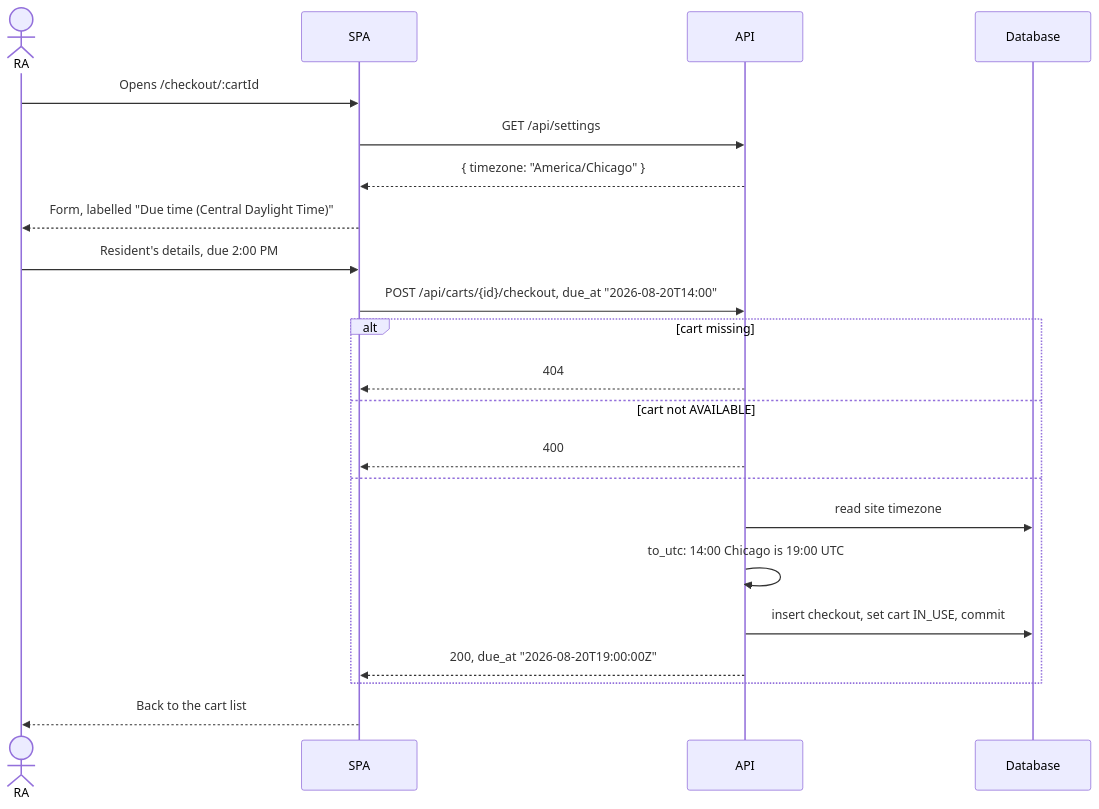
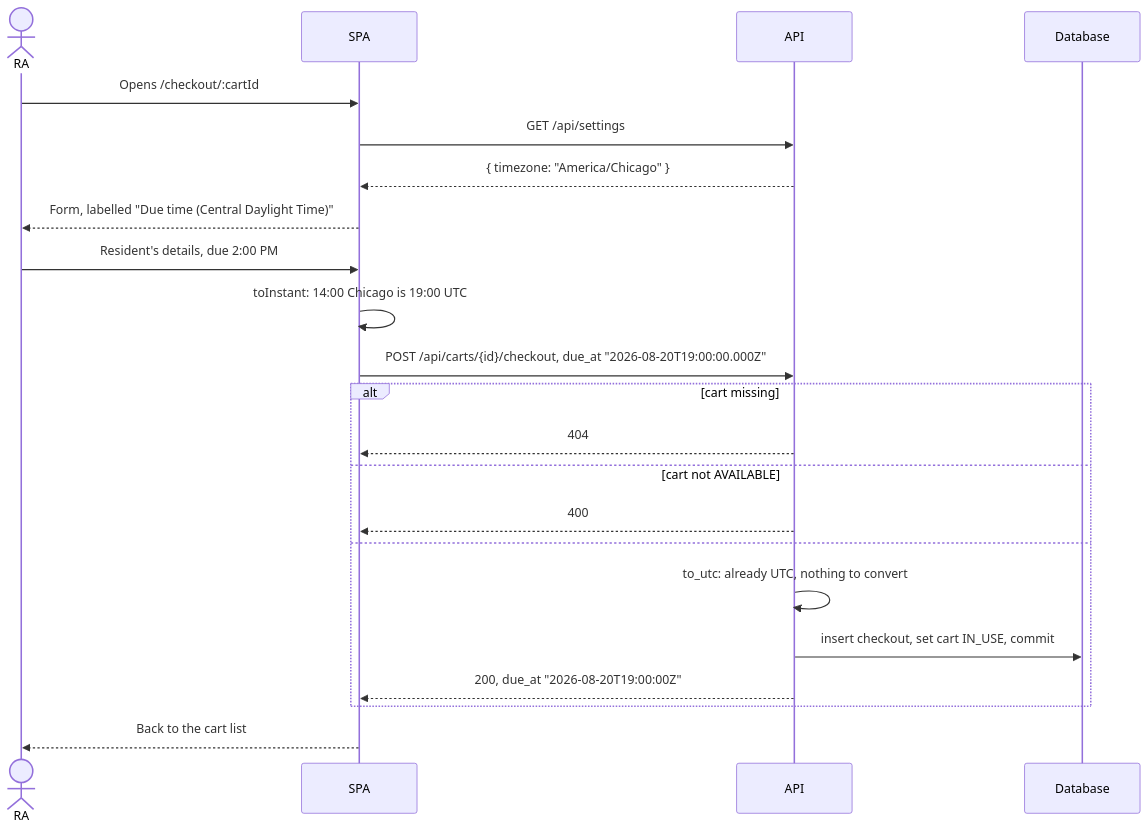
One commit to Mameo007/movein-cart-api changed the third of 3 diagrams in docs/design/architectural-design.md. Above: the diagram before and after it, drawn with Mermaid. The commit also changed other lines of this file and 4 other files, not shown here.

````diff
--- a/docs/design/architectural-design.md
+++ b/docs/design/architectural-design.md
@@ -144,24 +145,24 @@
 ```mermaid
 sequenceDiagram
     actor RA
     participant SPA
     participant API
     participant DB as Database
     RA->>SPA: Opens /checkout/:cartId
     SPA->>API: GET /api/settings
     API-->>SPA: { timezone: "America/Chicago" }
     SPA-->>RA: Form, labelled "Due time (Central Daylight Time)"
     RA->>SPA: Resident's details, due 2:00 PM
-    SPA->>API: POST /api/carts/{id}/checkout, due_at "2026-08-20T14:00"
+    SPA->>SPA: toInstant: 14:00 Chicago is 19:00 UTC
+    SPA->>API: POST /api/carts/{id}/checkout, due_at "2026-08-20T19:00:00.000Z"
     alt cart missing
         API-->>SPA: 404
     else cart not AVAILABLE
         API-->>SPA: 400
     else
-        API->>DB: read site timezone
-        API->>API: to_utc: 14:00 Chicago is 19:00 UTC
+        API->>API: to_utc: already UTC, nothing to convert
         API->>DB: insert checkout, set cart IN_USE, commit
         API-->>SPA: 200, due_at "2026-08-20T19:00:00Z"
     end
     SPA-->>RA: Back to the cart list
 ```
````
